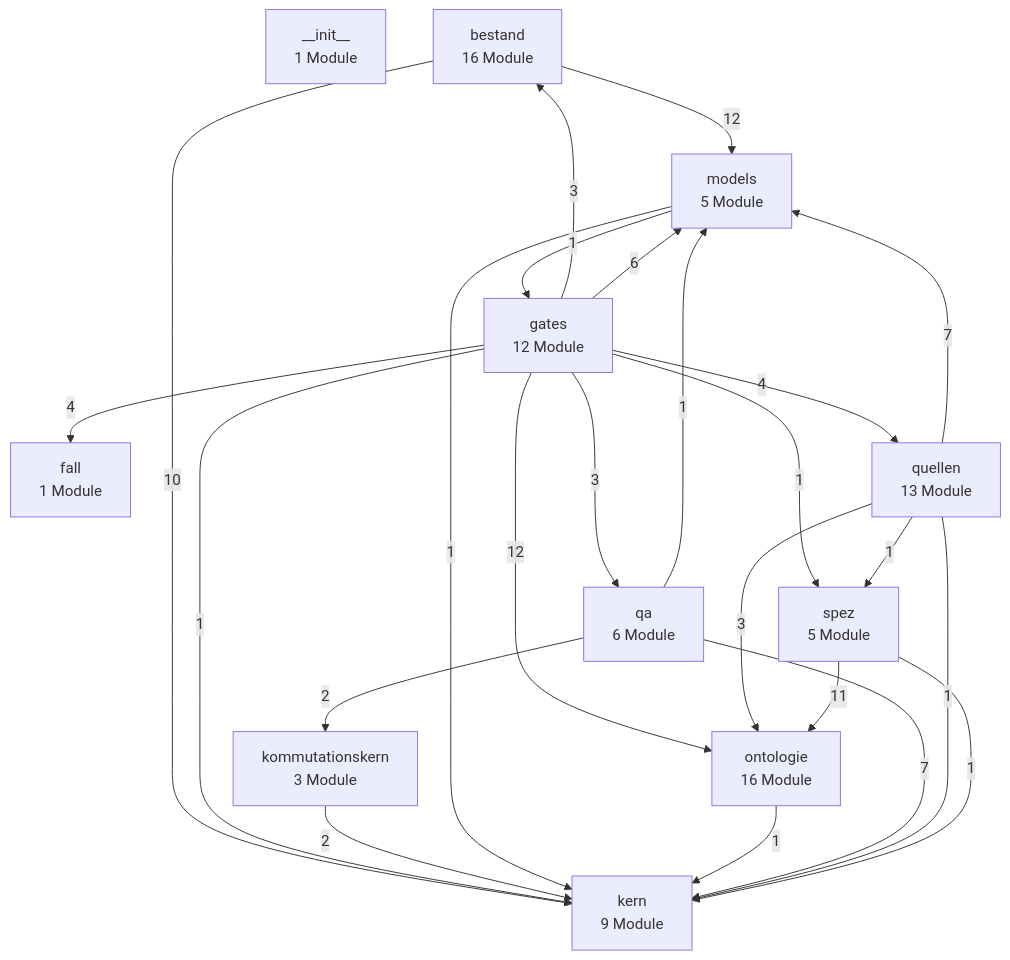
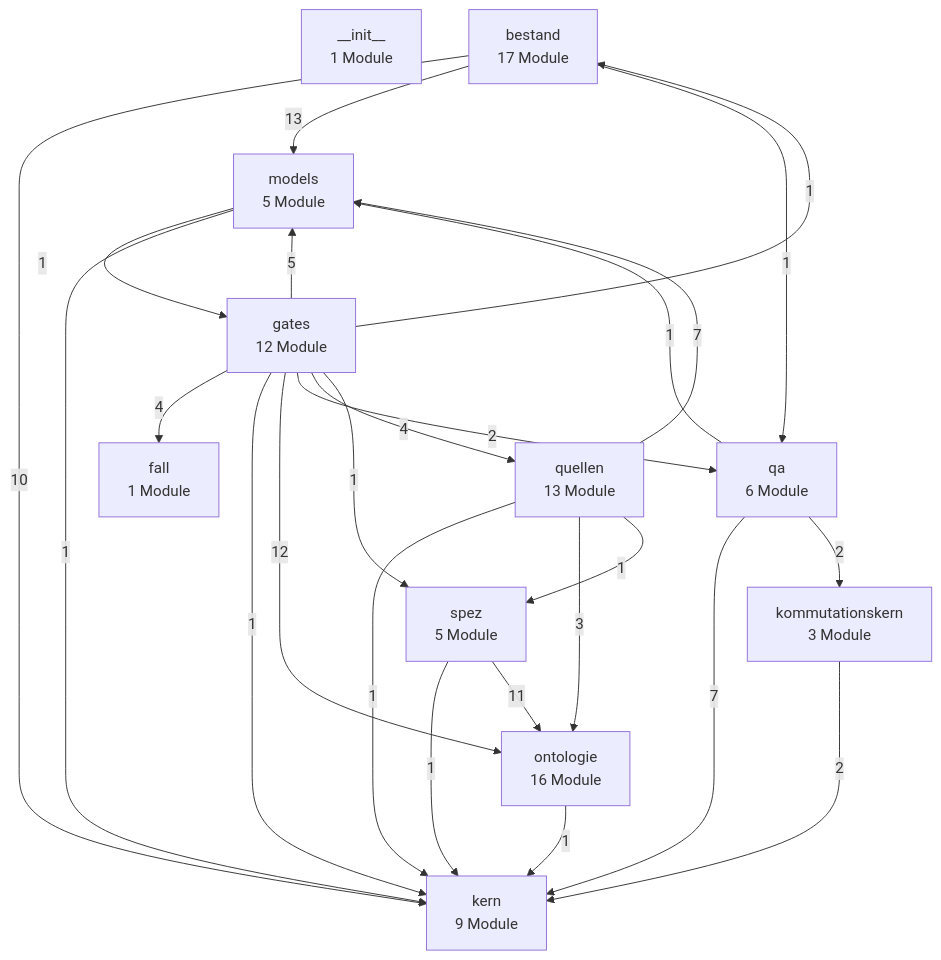
Before and after one commit to bartlmac/rechner-pipeline: the first of 3 diagrams in docs/architektur/landkarte.md, drawn with Mermaid. The commit also changed other lines of this file and 2 other files, not shown here.

Commit message:
refactor(bestand): die Vorbedingungen eines Laufs bekommen ein Zuhause
Vorarbeit fuer T16-01/02: Der Abschluss muss dasselbe vollstaendige
Lauf-Bundle pruefen wie Gate B1 -- mit derselben Engine, nicht mit einer
eigenen Teilpruefung. Erreichen kann er sie im Gate nicht, denn die
Schichtenkarte verbietet bestand -> gates, und cli_abschluss liegt in
bestand.

pruefe_b1_eingaenge wandert deshalb woertlich aus
gates/bestand_validate.py nach bestand/vorbedingungen.py. Keine
Logikaenderung, kein Verhaltensunterschied. Das Gate importiert sie und
behaelt den Namen im eigenen Namensraum, damit gates/abnahmebericht.py
sie unveraendert als bestand_validate.pruefe_b1_eingaenge ruft.

Mitgezogen: die erzeugte Landkarte (bestand 16 -> 17 Module, Kante
gates -> bestand von 3 auf 1). code_karte meldet befunde []; die
Schichtenkarte bleibt also eingehalten -- bestand darf qa lesen, und
genau das braucht die Engine fuer sanity_check.

Eigener Commit, weil fallbericht genau diesen Block umbenannt hat
(pruefe_pb1_eingaenge, GATE P-B1.bestandspruefung). So bleibt der
erwartbare Merge-Konflikt auf einen Commit und eine Datei begrenzt.

Suite: 956 passed.

Generated with Claude Code

````diff
--- a/docs/architektur/landkarte.md
+++ b/docs/architektur/landkarte.md
@@ -27,38 +27,39 @@
 ```mermaid
 %% Schichten — erzeugt von ontologie.landkarte
 flowchart TD
     n__init__["__init__<br/>1 Module"]
-    bestand["bestand<br/>16 Module"]
+    bestand["bestand<br/>17 Module"]
     fall["fall<br/>1 Module"]
     gates["gates<br/>12 Module"]
     kern["kern<br/>9 Module"]
     kommutationskern["kommutationskern<br/>3 Module"]
     models["models<br/>5 Module"]
     ontologie["ontologie<br/>16 Module"]
     qa["qa<br/>6 Module"]
     quellen["quellen<br/>13 Module"]
     spez["spez<br/>5 Module"]
     bestand -- 10 --> kern
-    bestand -- 12 --> models
-    gates -- 3 --> bestand
+    bestand -- 13 --> models
+    bestand -- 1 --> qa
+    gates -- 1 --> bestand
     gates -- 4 --> fall
     gates -- 1 --> kern
-    gates -- 6 --> models
+    gates -- 5 --> models
     gates -- 12 --> ontologie
-    gates -- 3 --> qa
+    gates -- 2 --> qa
     gates -- 4 --> quellen
     gates -- 1 --> spez
     kommutationskern -- 2 --> kern
     models -- 1 --> gates
     models -- 1 --> kern
     ontologie -- 1 --> kern
     qa -- 7 --> kern
     qa -- 2 --> kommutationskern
     qa -- 1 --> models
     quellen -- 1 --> kern
     quellen -- 7 --> models
     quellen -- 3 --> ontologie
     quellen -- 1 --> spez
     spez -- 1 --> kern
     spez -- 11 --> ontologie
 ```
````
